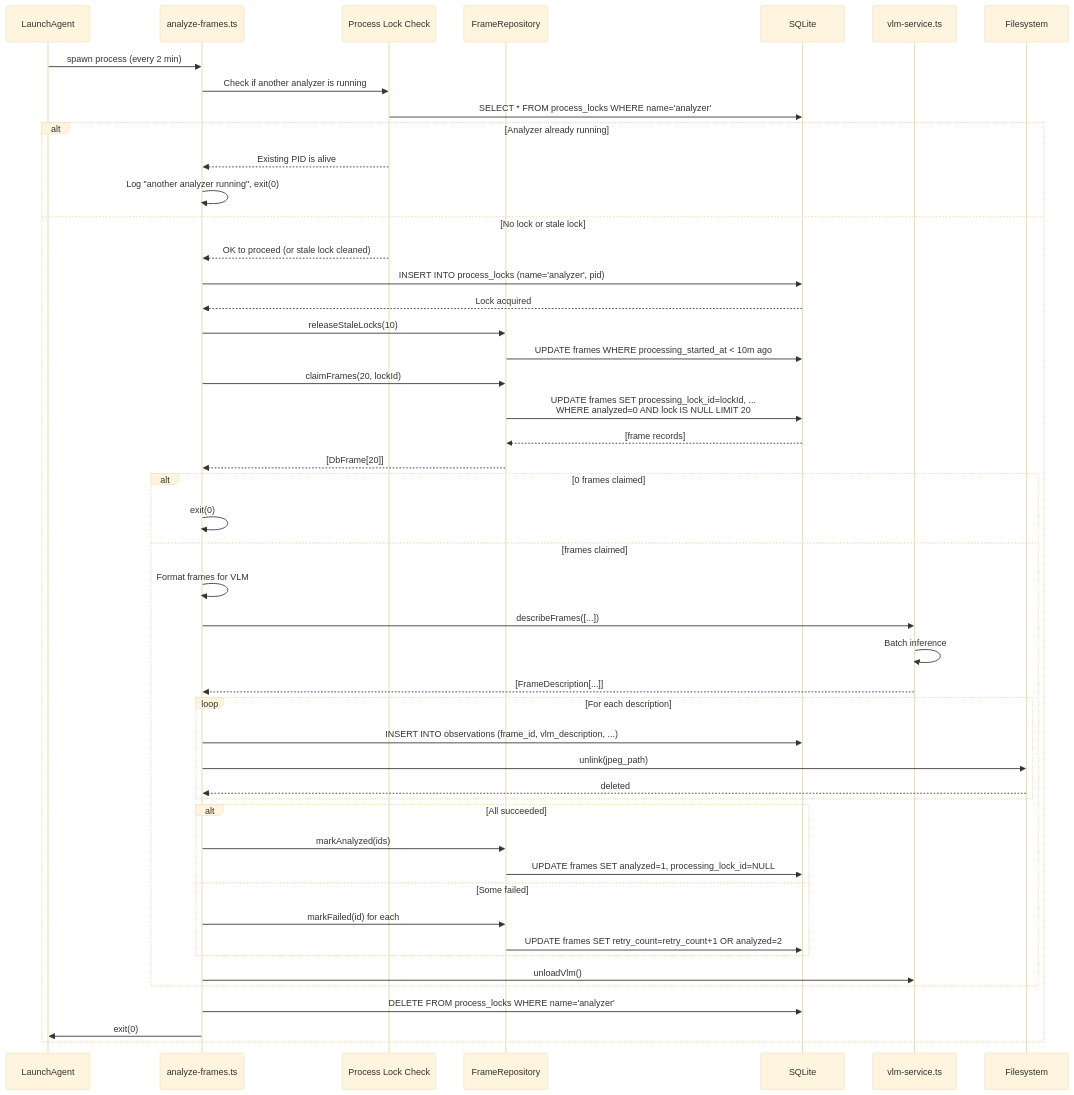
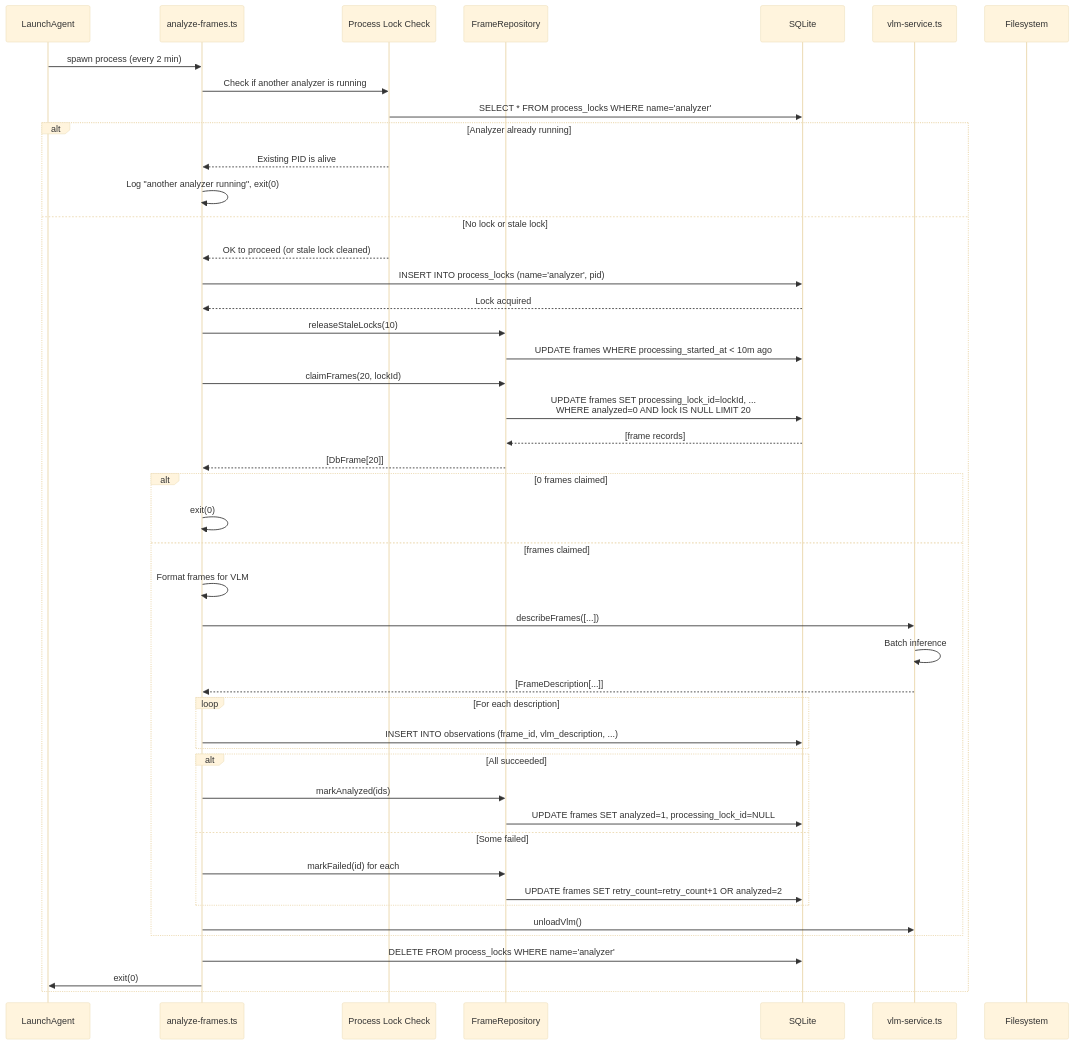
One commit to eduardosanzb/escribano changed the diagram in docs/tdd/002-node-batch-analyzer.md. Above: the diagram before and after it, drawn with Mermaid (base theme). The commit also changed other lines of this file and 1 other file, not shown here.

````diff
--- a/docs/tdd/002-node-batch-analyzer.md
+++ b/docs/tdd/002-node-batch-analyzer.md
@@ -11,57 +11,55 @@
 ```mermaid
 sequenceDiagram
     participant LaunchAgent
     participant Analyzer as analyze-frames.ts
     participant ProcessLock as Process Lock Check
     participant FrameRepo as FrameRepository
     participant DB as SQLite
     participant VLM as vlm-service.ts
     participant Disk as Filesystem
 
     LaunchAgent->>Analyzer: spawn process (every 2 min)
     Analyzer->>ProcessLock: Check if another analyzer is running
     ProcessLock->>DB: SELECT * FROM process_locks WHERE name='analyzer'
     alt Analyzer already running
         ProcessLock-->>Analyzer: Existing PID is alive
         Analyzer->>Analyzer: Log "another analyzer running", exit(0)
     else No lock or stale lock
         ProcessLock-->>Analyzer: OK to proceed (or stale lock cleaned)
         Analyzer->>DB: INSERT INTO process_locks (name='analyzer', pid)
         DB-->>Analyzer: Lock acquired
         
         Analyzer->>FrameRepo: releaseStaleLocks(10)
         FrameRepo->>DB: UPDATE frames WHERE processing_started_at < 10m ago
         Analyzer->>FrameRepo: claimFrames(20, lockId)
         FrameRepo->>DB: UPDATE frames SET processing_lock_id=lockId, ...<br/>WHERE analyzed=0 AND lock IS NULL LIMIT 20
         DB-->>FrameRepo: [frame records]
         FrameRepo-->>Analyzer: [DbFrame[20]]
         
         alt 0 frames claimed
             Analyzer->>Analyzer: exit(0)
         else frames claimed
             Analyzer->>Analyzer: Format frames for VLM
             Analyzer->>VLM: describeFrames([...])
             VLM->>VLM: Batch inference
             VLM-->>Analyzer: [FrameDescription[...]]
             
             loop For each description
                 Analyzer->>DB: INSERT INTO observations (frame_id, vlm_description, ...)
-                Analyzer->>Disk: unlink(jpeg_path)
-                Disk-->>Analyzer: deleted
             end
             
             alt All succeeded
                 Analyzer->>FrameRepo: markAnalyzed(ids)
                 FrameRepo->>DB: UPDATE frames SET analyzed=1, processing_lock_id=NULL
             else Some failed
                 Analyzer->>FrameRepo: markFailed(id) for each
                 FrameRepo->>DB: UPDATE frames SET retry_count=retry_count+1 OR analyzed=2
             end
             
             Analyzer->>VLM: unloadVlm()
         end
         
         Analyzer->>DB: DELETE FROM process_locks WHERE name='analyzer'
         Analyzer->>LaunchAgent: exit(0)
     end
 ```
````
